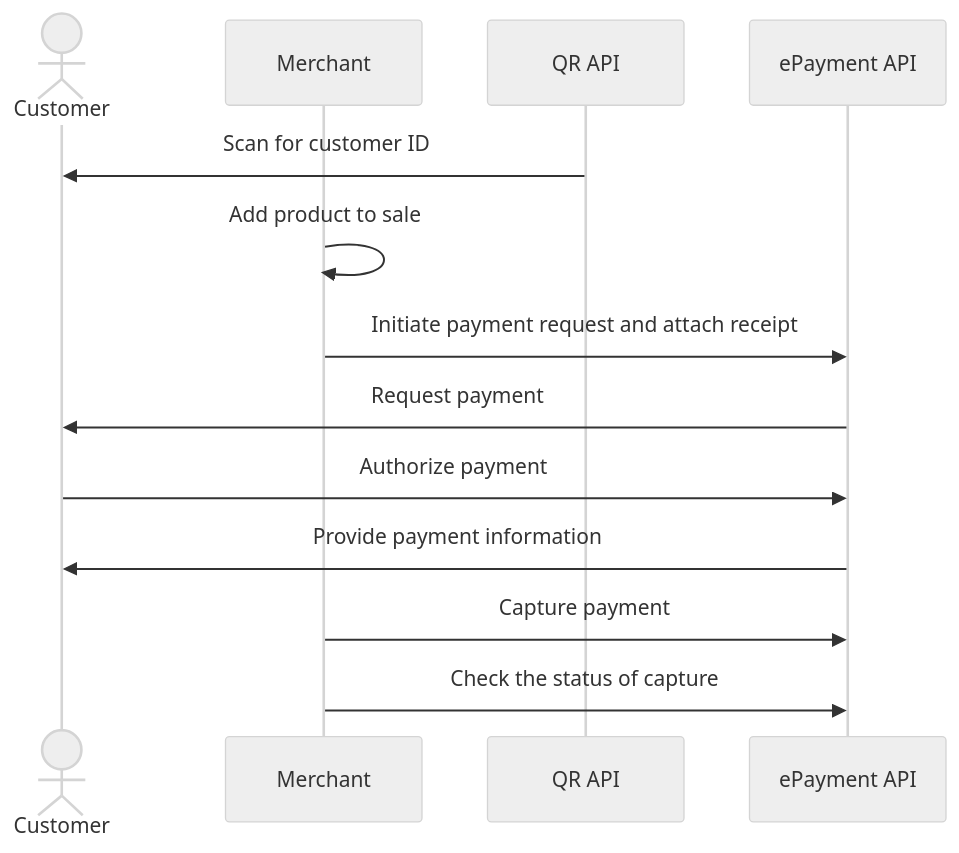
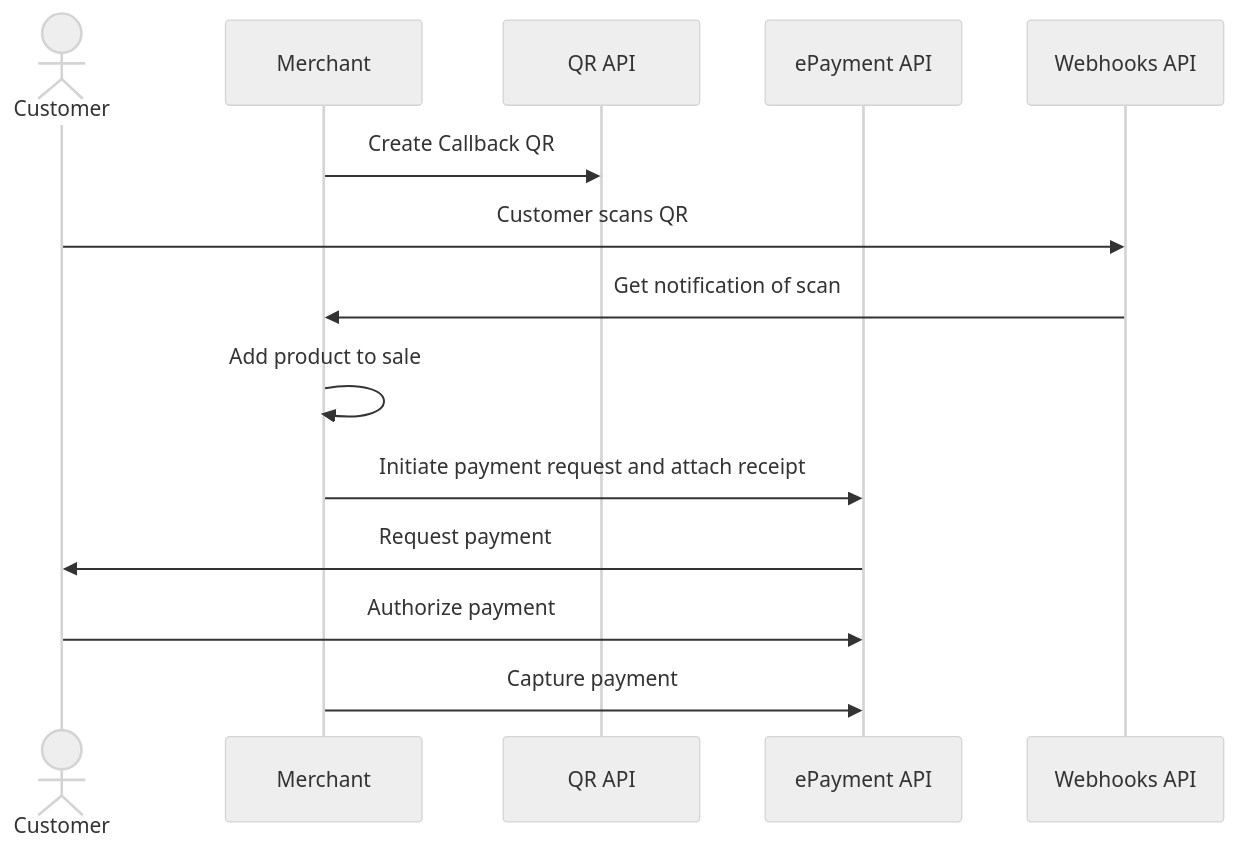
Before and after one commit to vippsas/vipps-solutions: the diagram in static-qr-at-pos/README.md, drawn with Mermaid (neutral theme). The commit also changed other lines of this file and 16 other files, not shown here.

````diff
--- a/static-qr-at-pos/README.md
+++ b/static-qr-at-pos/README.md
@@ -154,16 +186,17 @@
 ``` mermaid
 sequenceDiagram
     actor C as Customer
     participant M as Merchant
     participant QR as QR API
     participant ePayment as ePayment API
+    participant Webhooks as Webhooks API
 
-    QR->>C: Scan for customer ID
+    M->>QR: Create Callback QR
+    C->>Webhooks: Customer scans QR
+    Webhooks->>M: Get notification of scan
     M->>M: Add product to sale
     M->>ePayment: Initiate payment request and attach receipt
     ePayment->>C: Request payment
     C->>ePayment: Authorize payment
-    ePayment->>C: Provide payment information
     M->>ePayment: Capture payment
-    M->>ePayment: Check the status of capture
 ```
````
